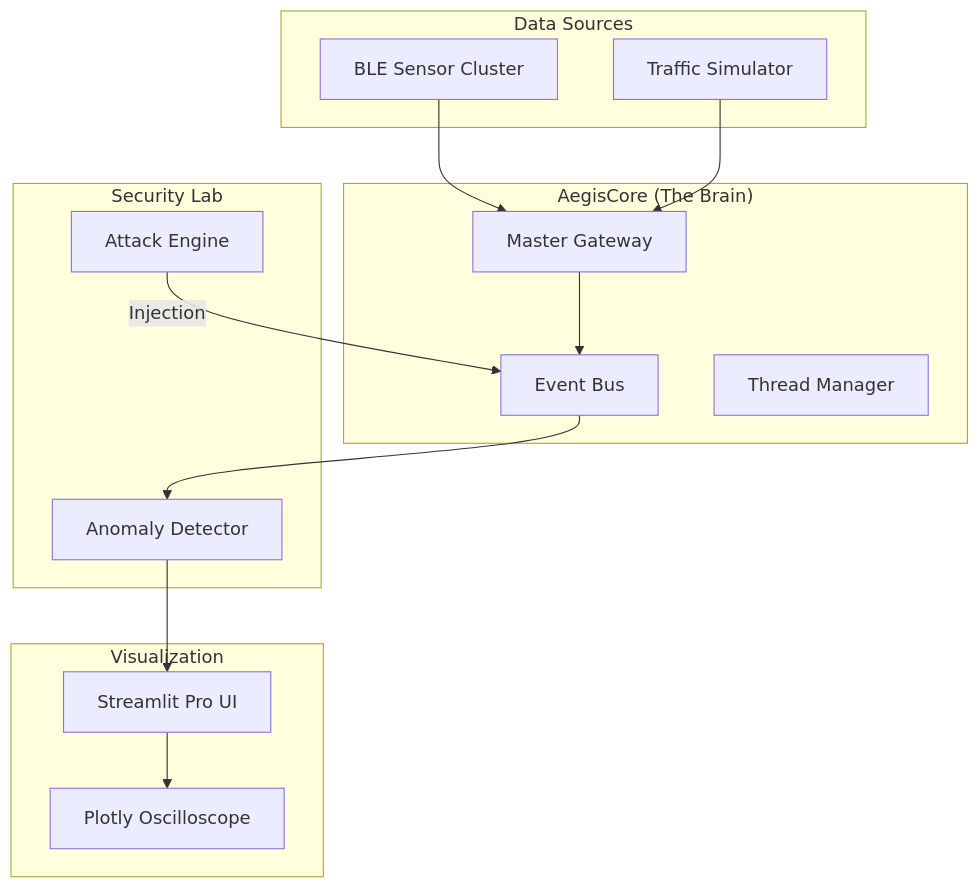
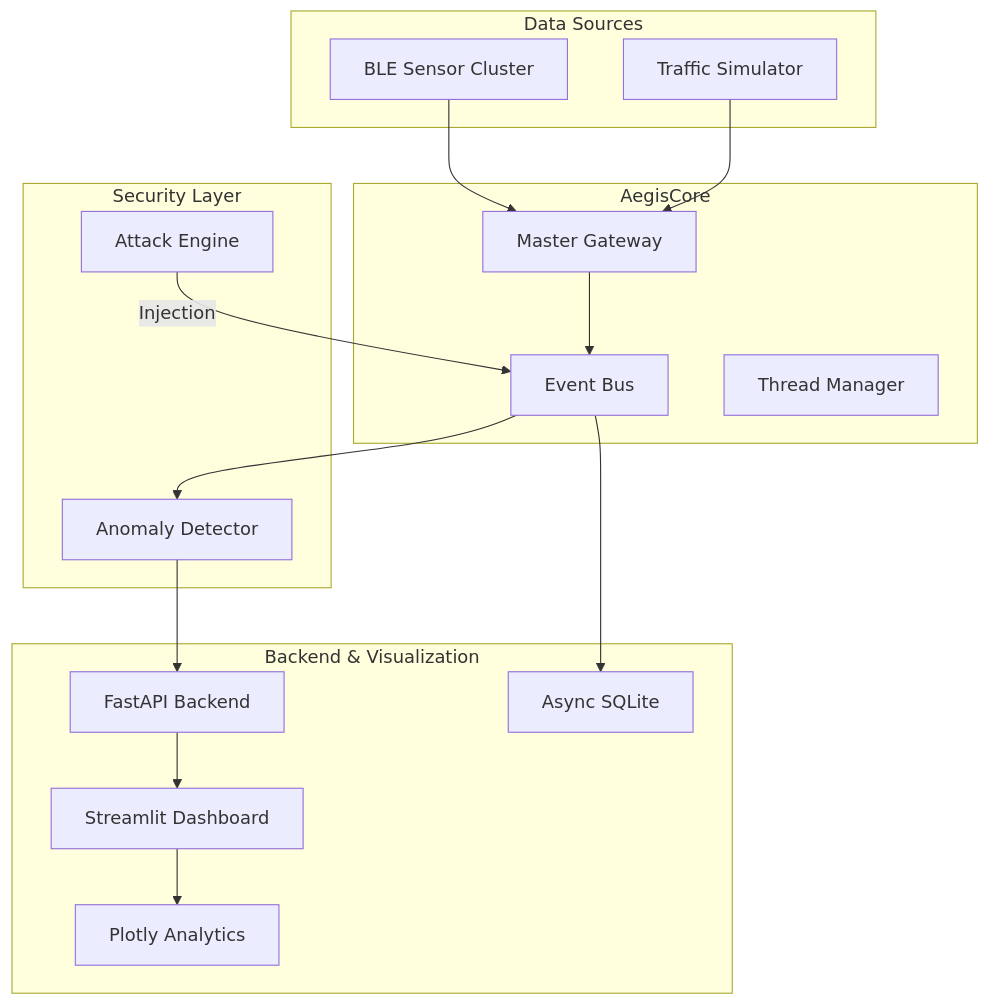
Before and after one commit to dhakarshailendra829/AegisCAN-RT: the diagram in README.md, drawn with Mermaid. The commit also changed other lines of this file, not shown here.

````diff
--- a/README.md
+++ b/README.md
@@ -49,31 +47,34 @@
 ```mermaid
 flowchart TD
     subgraph "Data Sources"
         BLE["BLE Sensor Cluster"]
         SIM["Traffic Simulator"]
     end
 
-    subgraph "AegisCore (The Brain)"
+    subgraph "AegisCore"
         GW["Master Gateway"]
         EM["Event Bus"]
         TM["Thread Manager"]
     end
 
-    subgraph "Security Lab"
+    subgraph "Security Layer"
         AE["Attack Engine"]
         AD["Anomaly Detector"]
     end
 
-    subgraph "Visualization"
-        UI["Streamlit Pro UI"]
-        PL["Plotly Oscilloscope"]
+    subgraph "Backend & Visualization"
+        API["FastAPI Backend"]
+        DB["Async SQLite"]
+        UI["Streamlit Dashboard"]
+        PL["Plotly Analytics"]
     end
 
     BLE & SIM --> GW
     GW --> EM
-    AE -- "Injection" --> EM
+    AE -- Injection --> EM
     EM --> AD
-    AD --> UI
+    AD --> API
+    EM --> DB
+    API --> UI
     UI --> PL
-
 ```
````
